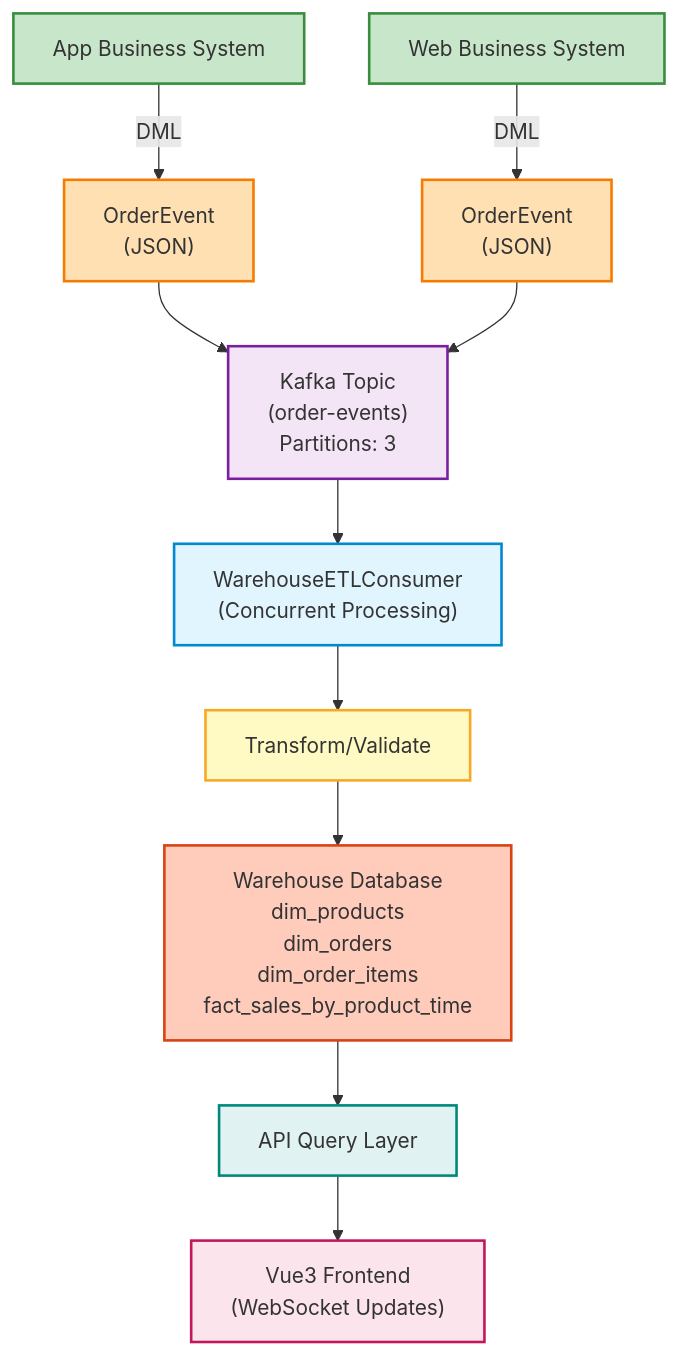
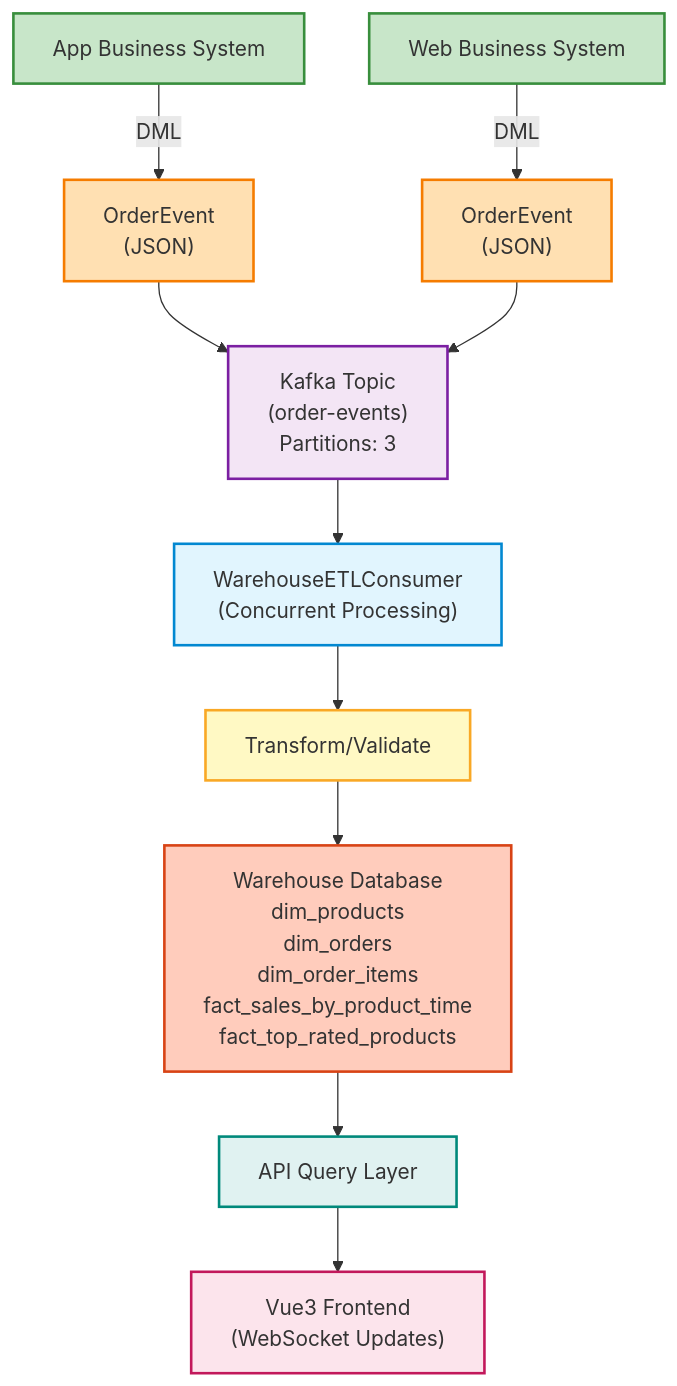
Before and after one commit to jianglei919/ecommerce_data_warehouse: the sixth of 8 diagrams in TECH_SOLUTION_EN.md, drawn with Mermaid. The commit also changed other lines of this file and 3 other files, not shown here.

Commit message:
feat: Add fact_top_rated_products table and update related documentation

````diff
--- a/TECH_SOLUTION_EN.md
+++ b/TECH_SOLUTION_EN.md
@@ -1012,34 +1030,34 @@
 ```mermaid
 graph TD
     app["App Business System"]
     web["Web Business System"]
     appevt["OrderEvent<br/>(JSON)"]
     webevt["OrderEvent<br/>(JSON)"]
     kafka["Kafka Topic<br/>(order-events)<br/>Partitions: 3"]
     consumer["WarehouseETLConsumer<br/>(Concurrent Processing)"]
     transform["Transform/Validate"]
-    warehouse["Warehouse Database<br/>dim_products<br/>dim_orders<br/>dim_order_items<br/>fact_sales_by_product_time"]
+    warehouse["Warehouse Database<br/>dim_products<br/>dim_orders<br/>dim_order_items<br/>fact_sales_by_product_time<br/>fact_top_rated_products"]
     api["API Query Layer"]
     frontend["Vue3 Frontend<br/>(WebSocket Updates)"]
 
     app -->|DML| appevt
     web -->|DML| webevt
     appevt --> kafka
     webevt --> kafka
     kafka --> consumer
     consumer --> transform
     transform --> warehouse
     warehouse --> api
     api --> frontend
 
     style app fill:#c8e6c9,stroke:#388e3c,stroke-width:2px
     style web fill:#c8e6c9,stroke:#388e3c,stroke-width:2px
     style appevt fill:#ffe0b2,stroke:#f57c00,stroke-width:2px
     style webevt fill:#ffe0b2,stroke:#f57c00,stroke-width:2px
     style kafka fill:#f3e5f5,stroke:#7b1fa2,stroke-width:2px
     style consumer fill:#e1f5fe,stroke:#0288d1,stroke-width:2px
     style transform fill:#fff9c4,stroke:#f9a825,stroke-width:2px
     style warehouse fill:#ffccbc,stroke:#d84315,stroke-width:2px
     style api fill:#e0f2f1,stroke:#00897b,stroke-width:2px
     style frontend fill:#fce4ec,stroke:#c2185b,stroke-width:2px
 ```
````
